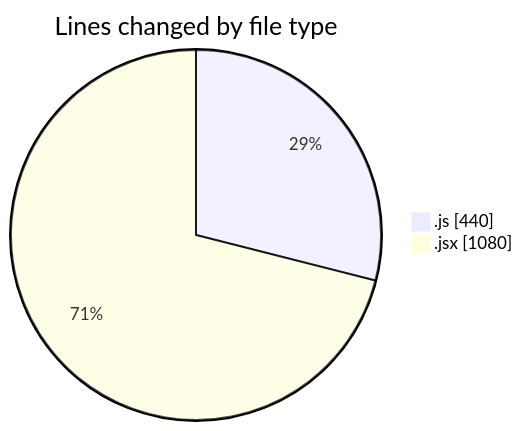
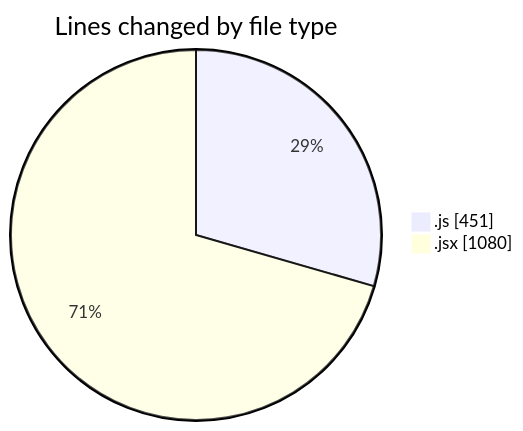
The first of 2 diagrams in 2025-12-01/nxtqube_webapp/README.md (nxtqubesakshisongat/code-tracking), drawn with Mermaid before and after one commit. The commit also changed other lines of this file and 1 other file, not shown here.

````diff
--- a/2025-12-01/nxtqube_webapp/README.md
+++ b/2025-12-01/nxtqube_webapp/README.md
@@ -22,6 +22,6 @@
 ```mermaid
 pie showData
 title Lines changed by file type
-".js" : 440
+".js" : 451
 ".jsx" : 1080
 ```
````
